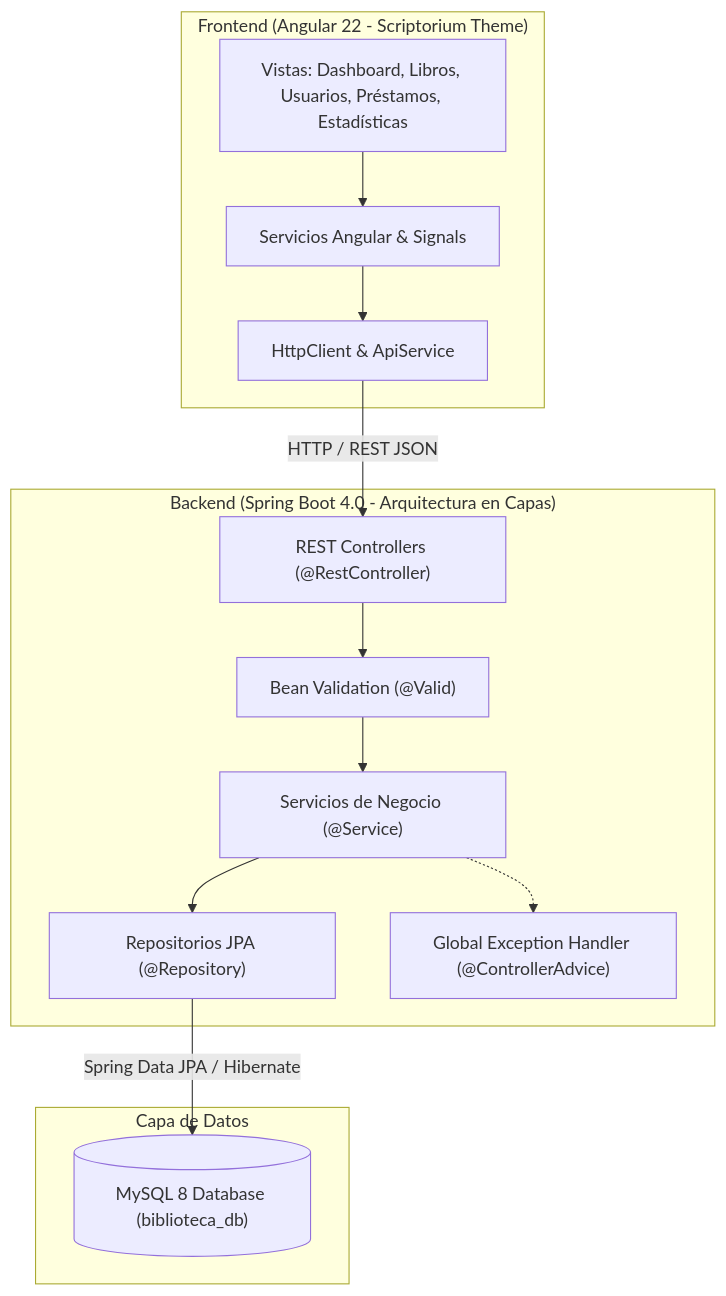
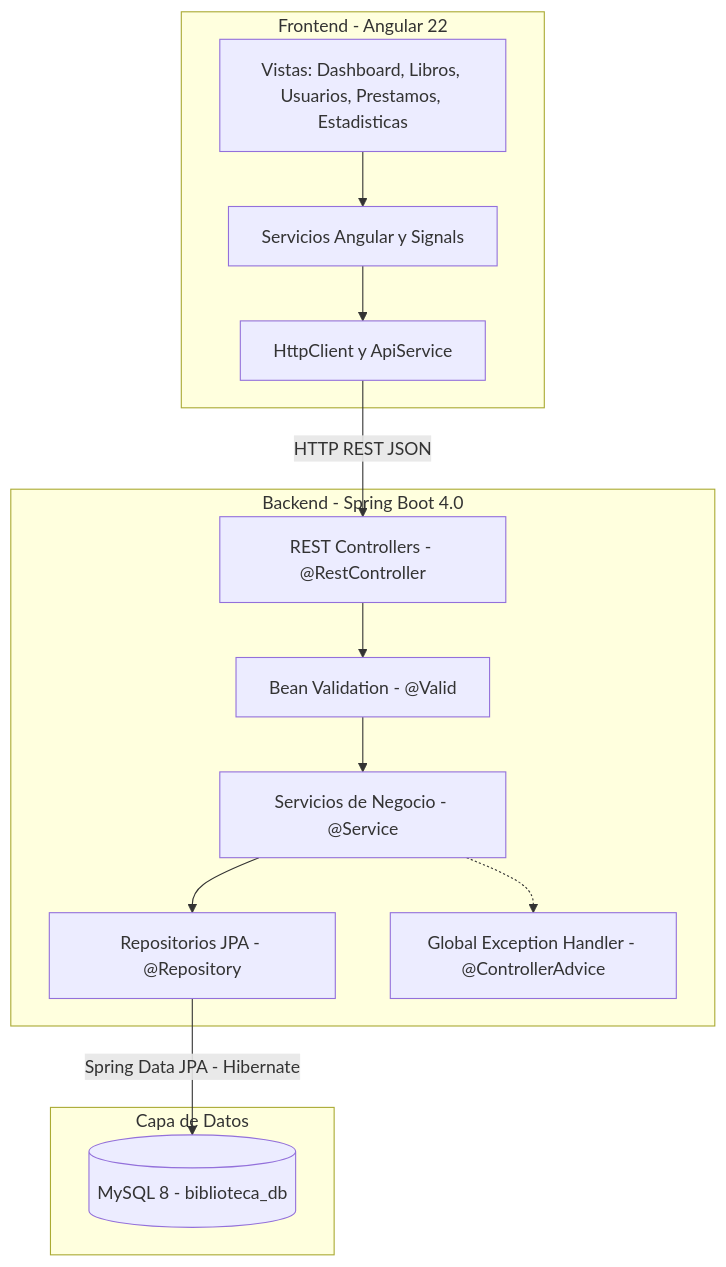
The first of 2 diagrams in README.md (JohanM158/MVLBiblioteca), drawn with Mermaid before and after one commit. The commit also changed other lines of this file, not shown here.

Commit message:
docs: improve README with detailed architecture, endpoints and methodology note

````diff
--- a/README.md
+++ b/README.md
@@ -50,27 +87,27 @@
 ```mermaid
 graph TD
-    subgraph Frontend["Frontend (Angular 22 - Scriptorium Theme)"]
-        UI["Vistas: Dashboard, Libros, Usuarios, Préstamos, Estadísticas"]
-        Services["Servicios Angular & Signals"]
-        Http["HttpClient & ApiService"]
+    subgraph Frontend["Frontend - Angular 22"]
+        UI["Vistas: Dashboard, Libros, Usuarios, Prestamos, Estadisticas"]
+        Services["Servicios Angular y Signals"]
+        Http["HttpClient y ApiService"]
         UI --> Services --> Http
     end
 
-    subgraph Backend["Backend (Spring Boot 4.0 - Arquitectura en Capas)"]
-        Controllers["REST Controllers (@RestController)"]
-        Validation["Bean Validation (@Valid)"]
-        BizServices["Servicios de Negocio (@Service)"]
-        Repos["Repositorios JPA (@Repository)"]
-        ExceptionHandler["Global Exception Handler (@ControllerAdvice)"]
-        
-        Http -->|HTTP / REST JSON| Controllers
+    subgraph Backend["Backend - Spring Boot 4.0"]
+        Controllers["REST Controllers - @RestController"]
+        Validation["Bean Validation - @Valid"]
+        BizServices["Servicios de Negocio - @Service"]
+        Repos["Repositorios JPA - @Repository"]
+        ExceptionHandler["Global Exception Handler - @ControllerAdvice"]
+
+        Http -->|HTTP REST JSON| Controllers
         Controllers --> Validation --> BizServices
         BizServices --> Repos
         BizServices -.-> ExceptionHandler
     end
 
     subgraph Database["Capa de Datos"]
-        MySQL[("MySQL 8 Database (biblioteca_db)")]
-        Repos -->|Spring Data JPA / Hibernate| MySQL
+        MySQL[("MySQL 8 - biblioteca_db")]
+        Repos -->|Spring Data JPA - Hibernate| MySQL
     end
 ```
````
